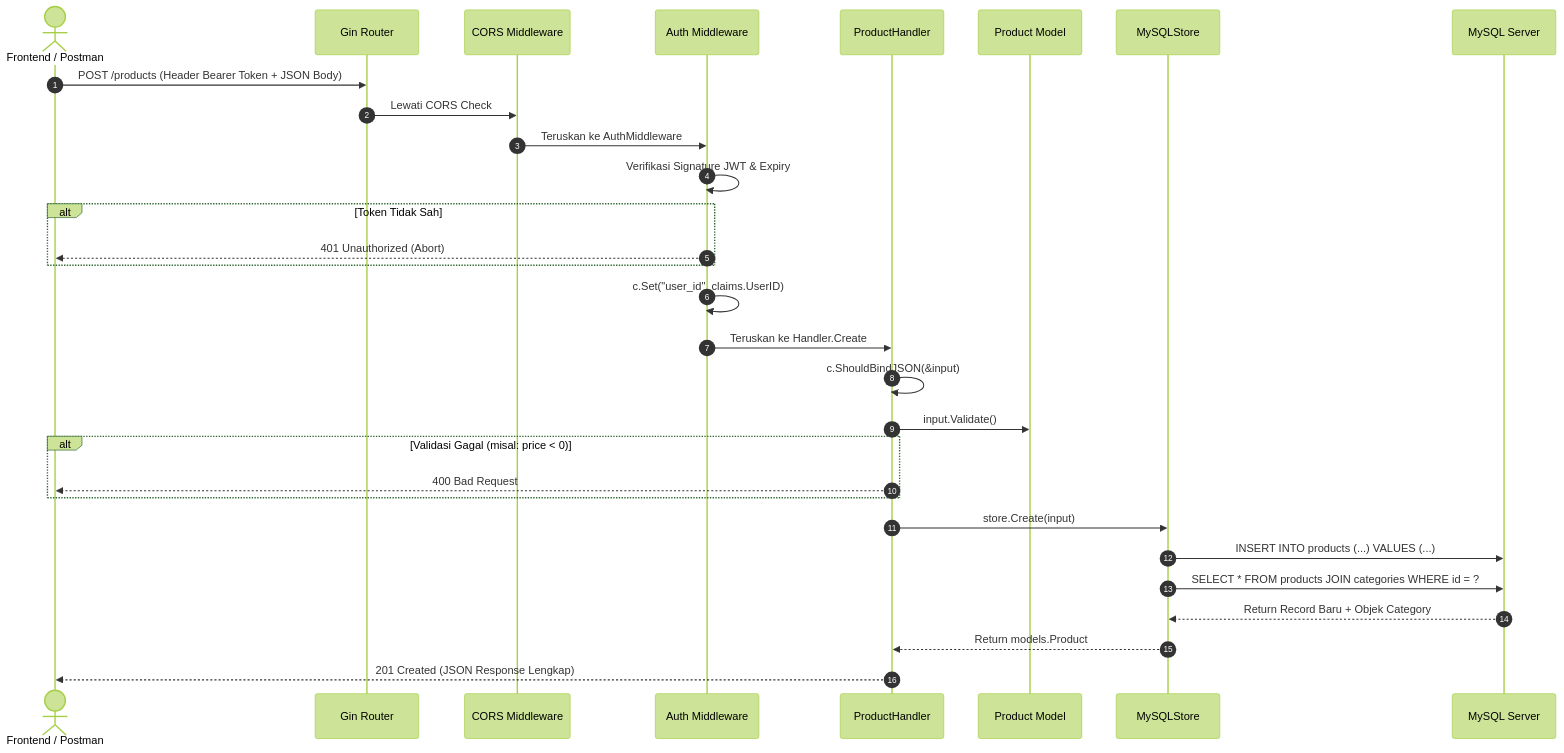
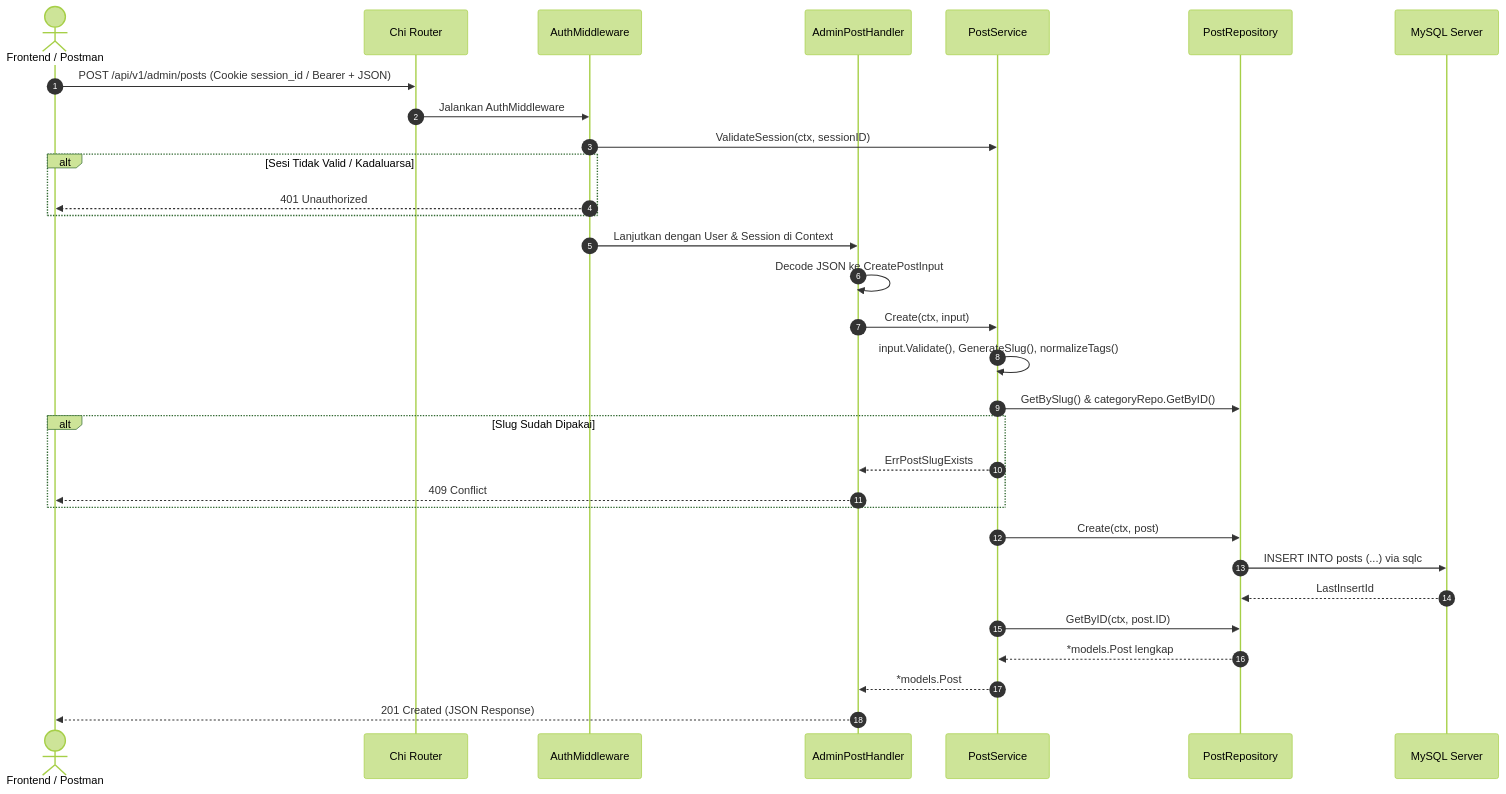
The diagram in docs/learning_guide.md (mochammadbagas/go-crud-api), drawn with Mermaid (forest theme) before and after one commit. The commit also changed other lines of this file and 67 other files, not shown here.

Commit message:
feat: migrate to clean layered architecture, enhance security & add architecture documentation

````diff
--- a/docs/learning_guide.md
+++ b/docs/learning_guide.md
@@ -197,33 +133,34 @@
 ```mermaid
 sequenceDiagram
     autonumber
     actor Client as Frontend / Postman
-    participant Router as Gin Router
-    participant CORS as CORS Middleware
-    participant Auth as Auth Middleware
-    participant Handler as ProductHandler
-    participant Model as Product Model
-    participant Store as MySQLStore
+    participant Router as Chi Router
+    participant Auth as AuthMiddleware
+    participant Handler as AdminPostHandler
+    participant Service as PostService
+    participant Repo as PostRepository
     participant DB as MySQL Server
 
-    Client->>Router: POST /products (Header Bearer Token + JSON Body)
-    Router->>CORS: Lewati CORS Check
-    CORS->>Auth: Teruskan ke AuthMiddleware
-    Auth->>Auth: Verifikasi Signature JWT & Expiry
-    alt Token Tidak Sah
-        Auth-->>Client: 401 Unauthorized (Abort)
+    Client->>Router: POST /api/v1/admin/posts (Cookie session_id / Bearer + JSON)
+    Router->>Auth: Jalankan AuthMiddleware
+    Auth->>Service: ValidateSession(ctx, sessionID)
+    alt Sesi Tidak Valid / Kadaluarsa
+        Auth-->>Client: 401 Unauthorized
     end
-    Auth->>Auth: c.Set("user_id", claims.UserID)
-    Auth->>Handler: Teruskan ke Handler.Create
-    Handler->>Handler: c.ShouldBindJSON(&input)
-    Handler->>Model: input.Validate()
-    alt Validasi Gagal (misal: price < 0)
-        Handler-->>Client: 400 Bad Request
+    Auth->>Handler: Lanjutkan dengan User & Session di Context
+    Handler->>Handler: Decode JSON ke CreatePostInput
+    Handler->>Service: Create(ctx, input)
+    Service->>Service: input.Validate(), GenerateSlug(), normalizeTags()
+    Service->>Repo: GetBySlug() & categoryRepo.GetByID()
+    alt Slug Sudah Dipakai
+        Service-->>Handler: ErrPostSlugExists
+        Handler-->>Client: 409 Conflict
     end
-    Handler->>Store: store.Create(input)
-    Store->>DB: INSERT INTO products (...) VALUES (...)
-    Store->>DB: SELECT * FROM products JOIN categories WHERE id = ?
-    DB-->>Store: Return Record Baru + Objek Category
-    Store-->>Handler: Return models.Product
-    Handler-->>Client: 201 Created (JSON Response Lengkap)
+    Service->>Repo: Create(ctx, post)
+    Repo->>DB: INSERT INTO posts (...) via sqlc
+    DB-->>Repo: LastInsertId
+    Service->>Repo: GetByID(ctx, post.ID)
+    Repo-->>Service: *models.Post lengkap
+    Service-->>Handler: *models.Post
+    Handler-->>Client: 201 Created (JSON Response)
 ```
````
